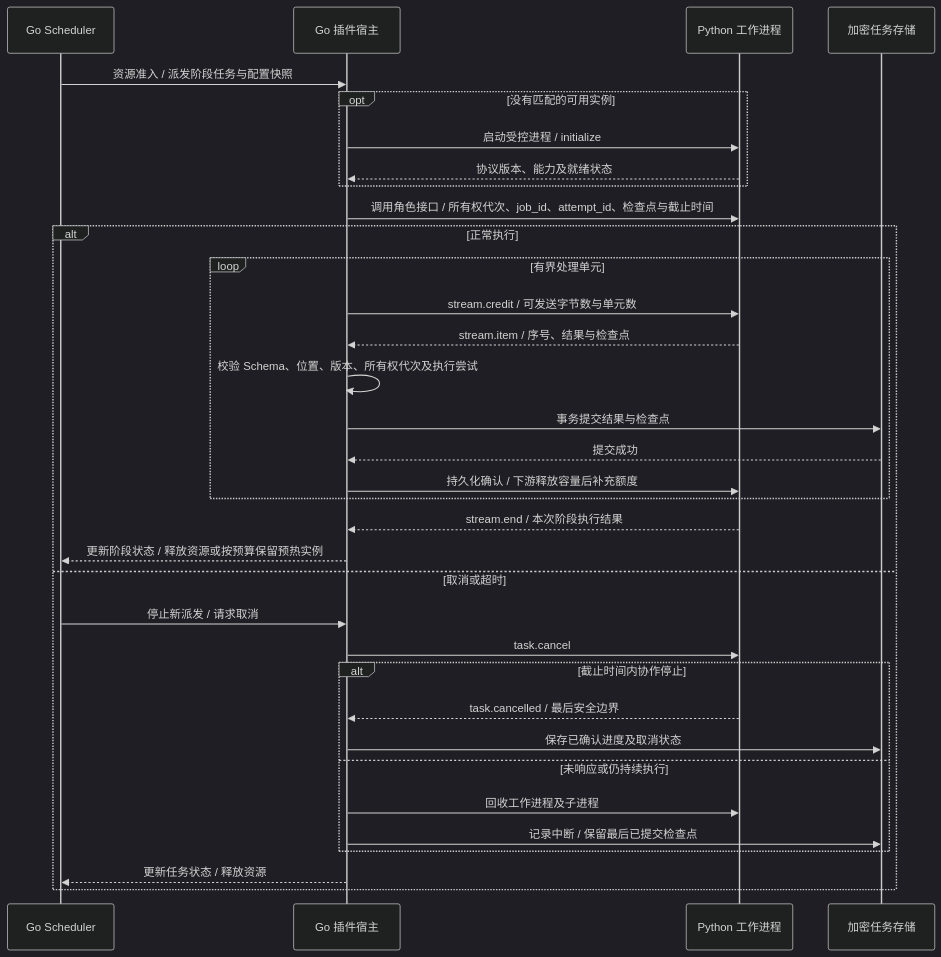
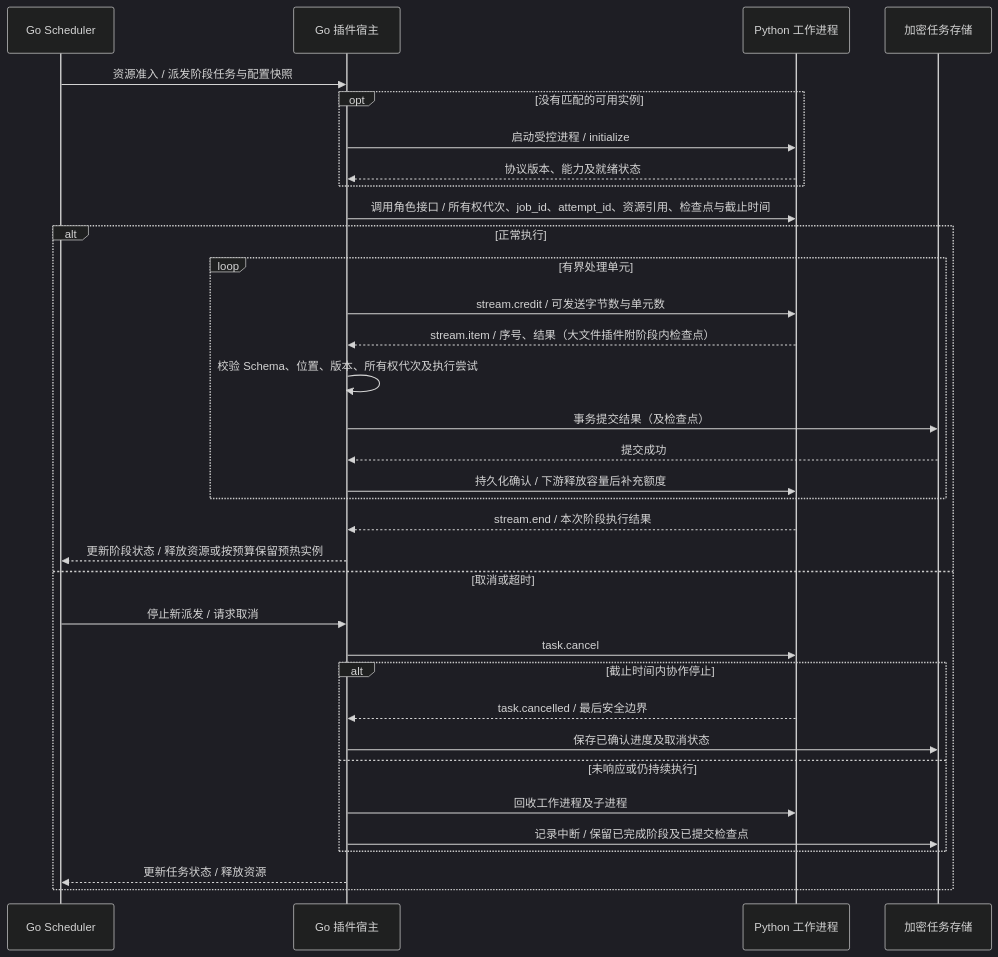
The third of 4 diagrams in docs/v1/tacet-architecture.md (jorben/tacet), drawn with Mermaid (dark theme) before and after one commit. The commit also changed other lines of this file and 1 other file, not shown here.

````diff
--- a/docs/v1/tacet-architecture.md
+++ b/docs/v1/tacet-architecture.md
@@ -240,37 +346,37 @@
 ```mermaid
 sequenceDiagram
     participant S as Go Scheduler
     participant H as Go 插件宿主
     participant W as Python 工作进程
     participant D as 加密任务存储
 
     S->>H: 资源准入 / 派发阶段任务与配置快照
     opt 没有匹配的可用实例
         H->>W: 启动受控进程 / initialize
         W-->>H: 协议版本、能力及就绪状态
     end
-    H->>W: 调用角色接口 / 所有权代次、job_id、attempt_id、检查点与截止时间
+    H->>W: 调用角色接口 / 所有权代次、job_id、attempt_id、资源引用、检查点与截止时间
     alt 正常执行
         loop 有界处理单元
             H->>W: stream.credit / 可发送字节数与单元数
-            W-->>H: stream.item / 序号、结果与检查点
+            W-->>H: stream.item / 序号、结果（大文件插件附阶段内检查点）
             H->>H: 校验 Schema、位置、版本、所有权代次及执行尝试
-            H->>D: 事务提交结果与检查点
+            H->>D: 事务提交结果（及检查点）
             D-->>H: 提交成功
             H->>W: 持久化确认 / 下游释放容量后补充额度
         end
         W-->>H: stream.end / 本次阶段执行结果
         H-->>S: 更新阶段状态 / 释放资源或按预算保留预热实例
     else 取消或超时
         S->>H: 停止新派发 / 请求取消
         H->>W: task.cancel
         alt 截止时间内协作停止
             W-->>H: task.cancelled / 最后安全边界
             H->>D: 保存已确认进度及取消状态
         else 未响应或仍持续执行
             H->>W: 回收工作进程及子进程
-            H->>D: 记录中断 / 保留最后已提交检查点
+            H->>D: 记录中断 / 保留已完成阶段及已提交检查点
         end
         H-->>S: 更新任务状态 / 释放资源
     end
 ```
````
